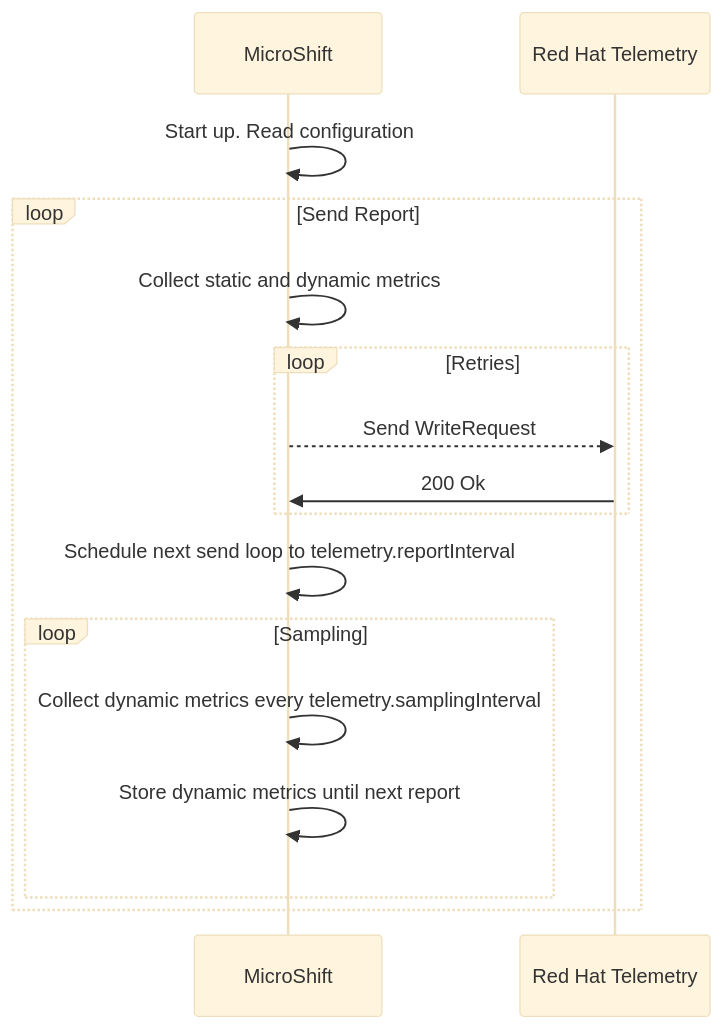
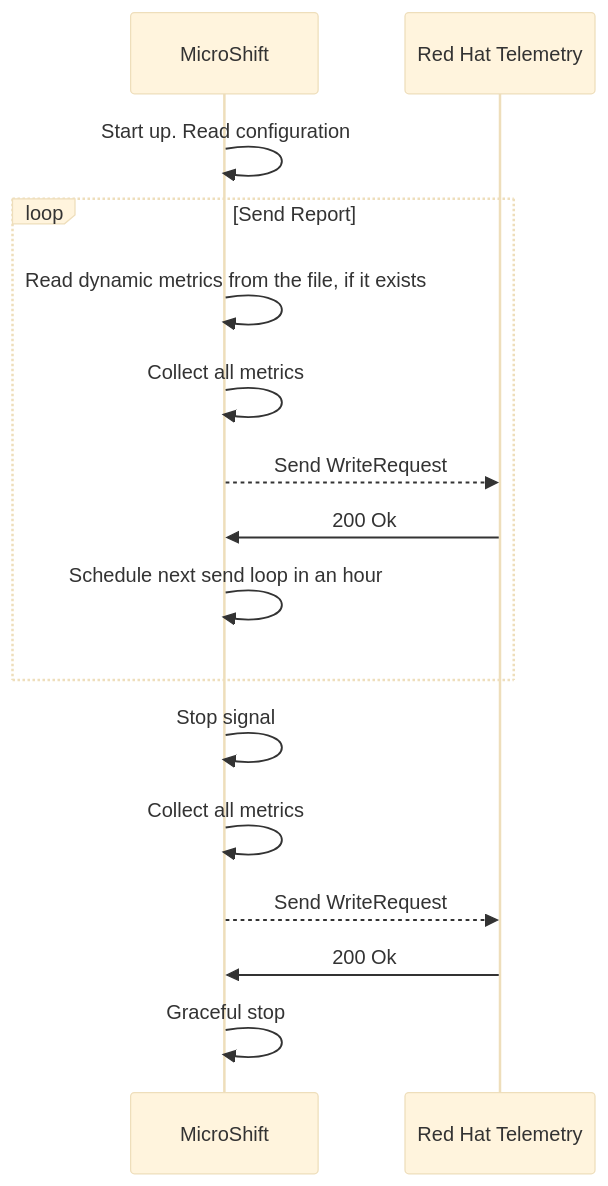
Before and after one commit to openshift/enhancements: the diagram in enhancements/microshift/microshift-telemetry.md, drawn with Mermaid (base theme). The commit also changed other lines of this file, not shown here.

Commit message:
USHIFT-5279: Add more metrics details

````diff
--- a/enhancements/microshift/microshift-telemetry.md
+++ b/enhancements/microshift/microshift-telemetry.md
@@ -185,19 +208,18 @@
 ```mermaid
 sequenceDiagram
     participant MicroShift
     participant Red Hat Telemetry
     MicroShift ->> MicroShift: Start up. Read configuration
     loop Send Report
-    MicroShift ->> MicroShift: Collect static and dynamic metrics
-    loop Retries
-        MicroShift -->> Red Hat Telemetry: Send WriteRequest
-        Red Hat Telemetry ->> MicroShift: 200 Ok
+    MicroShift ->> MicroShift: Read dynamic metrics from the file, if it exists
+    MicroShift ->> MicroShift: Collect all metrics
+    MicroShift -->> Red Hat Telemetry: Send WriteRequest
+    Red Hat Telemetry ->> MicroShift: 200 Ok
+    MicroShift ->> MicroShift: Schedule next send loop in an hour
     end
-    MicroShift ->> MicroShift: Schedule next send loop to telemetry.reportInterval
-    loop Sampling
-    MicroShift ->> MicroShift: Collect dynamic metrics every telemetry.samplingInterval
-    MicroShift ->> MicroShift: Store dynamic metrics until next report
-    end
-    end
-    
+    MicroShift ->> MicroShift: Stop signal
+    MicroShift ->> MicroShift: Collect all metrics
+    MicroShift -->> Red Hat Telemetry: Send WriteRequest
+    Red Hat Telemetry ->> MicroShift: 200 Ok
+    MicroShift ->> MicroShift: Graceful stop
 ```
````
